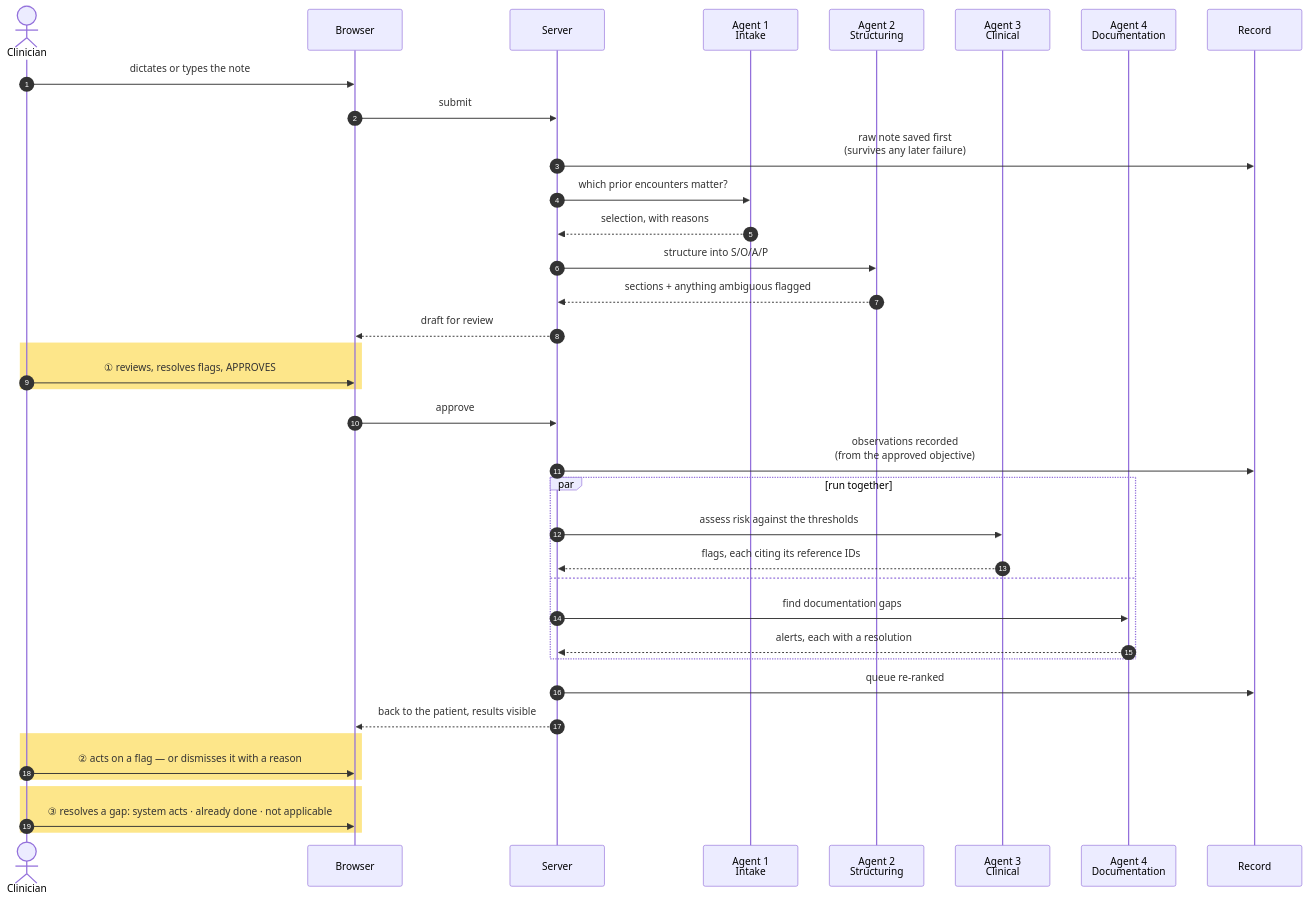
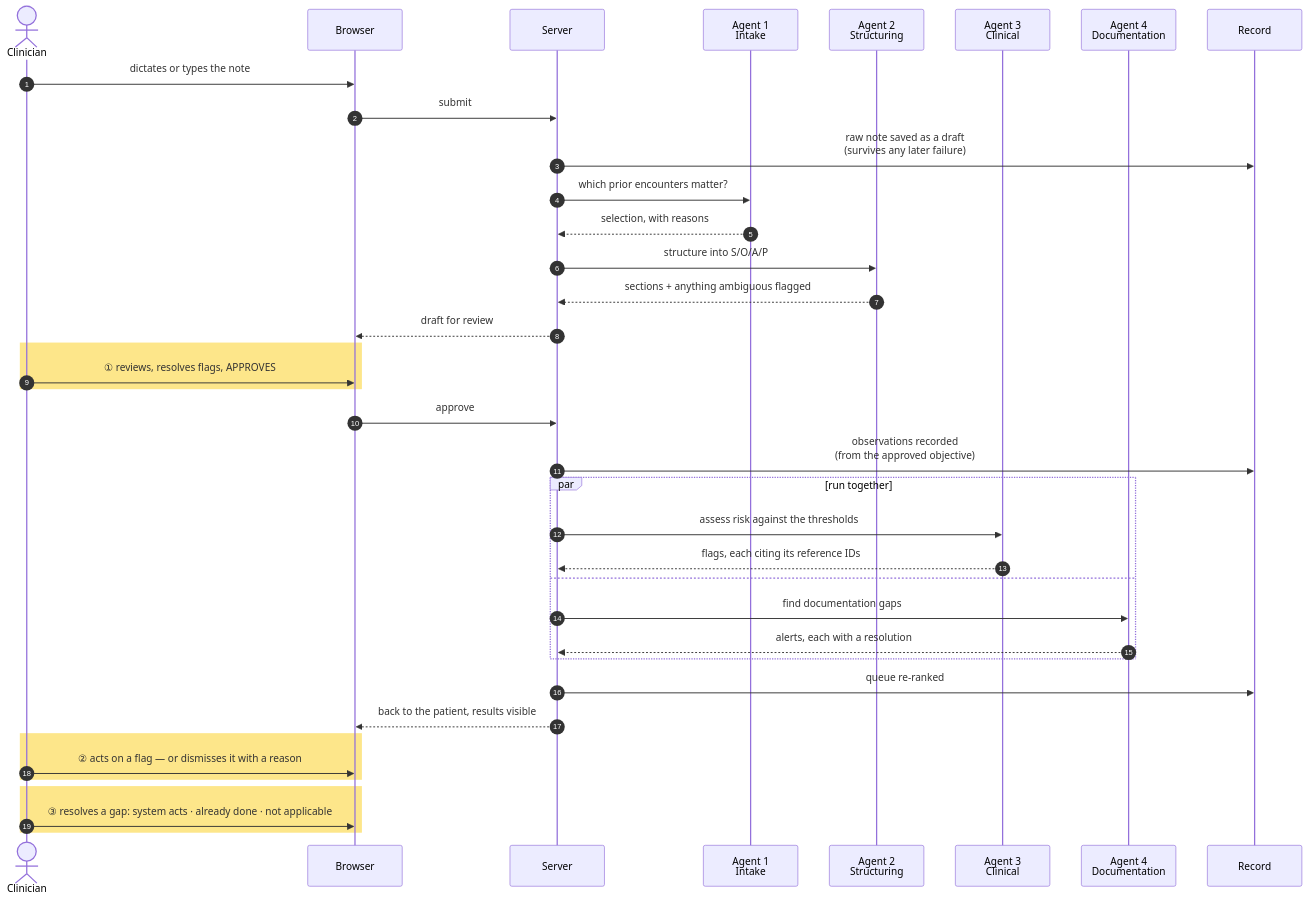
The second of 3 diagrams in docs/ARCHITECTURE.md (75wsgvpxk2-spec/medvoice-ai), drawn with Mermaid before and after one commit. The commit also changed other lines of this file and 13 other files, not shown here.

````diff
--- a/docs/ARCHITECTURE.md
+++ b/docs/ARCHITECTURE.md
@@ -79,44 +79,44 @@
 ```mermaid
 sequenceDiagram
     autonumber
     actor C as Clinician
     participant UI as Browser
     participant S as Server
     participant A1 as Agent 1<br/>Intake
     participant A2 as Agent 2<br/>Structuring
     participant A3 as Agent 3<br/>Clinical
     participant A4 as Agent 4<br/>Documentation
     participant DB as Record
 
     C->>UI: dictates or types the note
     UI->>S: submit
-    S->>DB: raw note saved first<br/>(survives any later failure)
+    S->>DB: raw note saved as a draft<br/>(survives any later failure)
     S->>A1: which prior encounters matter?
     A1-->>S: selection, with reasons
     S->>A2: structure into S/O/A/P
     A2-->>S: sections + anything ambiguous flagged
     S-->>UI: draft for review
 
     rect rgb(253, 230, 138)
         C->>UI: ① reviews, resolves flags, APPROVES
     end
 
     UI->>S: approve
     S->>DB: observations recorded<br/>(from the approved objective)
     par run together
         S->>A3: assess risk against the thresholds
         A3-->>S: flags, each citing its reference IDs
     and
         S->>A4: find documentation gaps
         A4-->>S: alerts, each with a resolution
     end
     S->>DB: queue re-ranked
     S-->>UI: back to the patient, results visible
 
     rect rgb(253, 230, 138)
         C->>UI: ② acts on a flag — or dismisses it with a reason
     end
     rect rgb(253, 230, 138)
         C->>UI: ③ resolves a gap: system acts · already done · not applicable
     end
 ```
````
